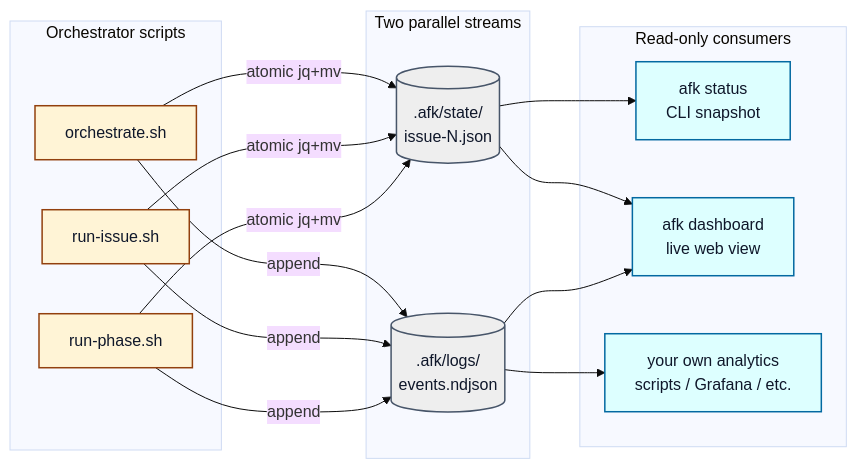
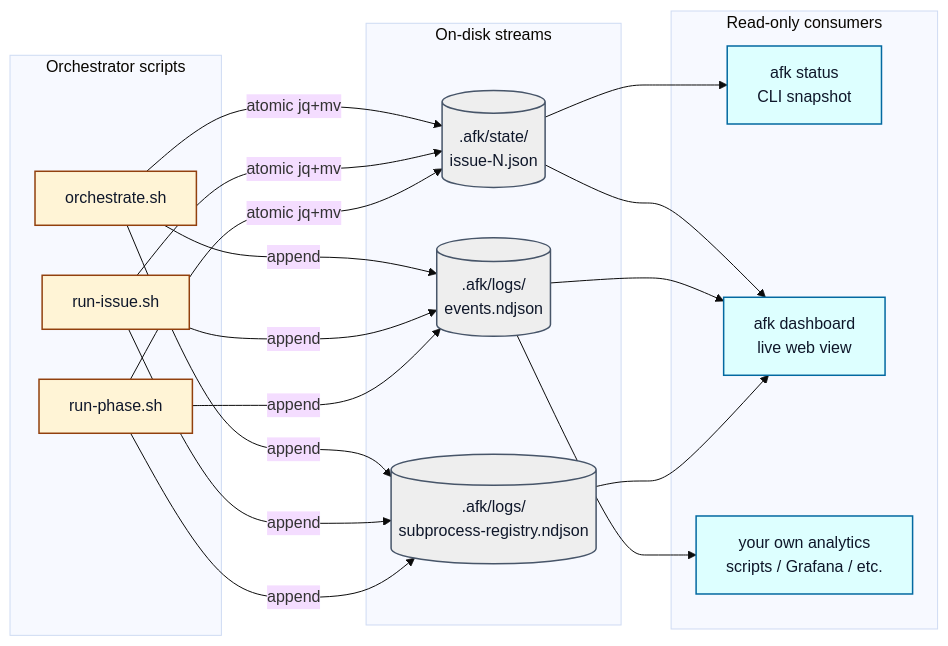
Before and after one commit to Mo-Tamim/afk-agent: the seventh of 7 diagrams in docs/ARCHITECTURE.md, drawn with Mermaid (base theme). The commit also changed other lines of this file and 15 other files, not shown here.

First line of the commit message:
docs: enhance subprocess registry and auto-resume features in documentation

````diff
--- a/docs/ARCHITECTURE.md
+++ b/docs/ARCHITECTURE.md
@@ -214,31 +215,34 @@
 ```mermaid
 flowchart LR
   subgraph Scripts[Orchestrator scripts]
     O[orchestrate.sh]
     RI[run-issue.sh]
     RP[run-phase.sh]
   end
-  subgraph Streams[Two parallel streams]
+  subgraph Streams[On-disk streams]
     S[(.afk/state/<br/>issue-N.json)]
     E[(.afk/logs/<br/>events.ndjson)]
+    R[(.afk/logs/<br/>subprocess-registry.ndjson)]
   end
   subgraph Readers[Read-only consumers]
     Status[afk status<br/>CLI snapshot]
     Dash[afk dashboard<br/>live web view]
     Custom[your own analytics<br/>scripts / Grafana / etc.]
   end
 
   O & RI & RP -- atomic jq+mv --> S
   O & RI & RP -- append --> E
+  O & RI & RP -- append --> R
   S --> Status
   S --> Dash
   E --> Dash
+  R --> Dash
   E --> Custom
 
   classDef script fill:#fff4d6,stroke:#92400e,color:#0f172a,stroke-width:1.5px;
   classDef stream fill:#eee,stroke:#475569,color:#0f172a,stroke-width:1.5px;
   classDef reader fill:#dff,stroke:#0369a1,color:#0f172a,stroke-width:1.5px;
   class O,RI,RP script
-  class S,E stream
+  class S,E,R stream
   class Status,Dash,Custom reader
 ```
````
